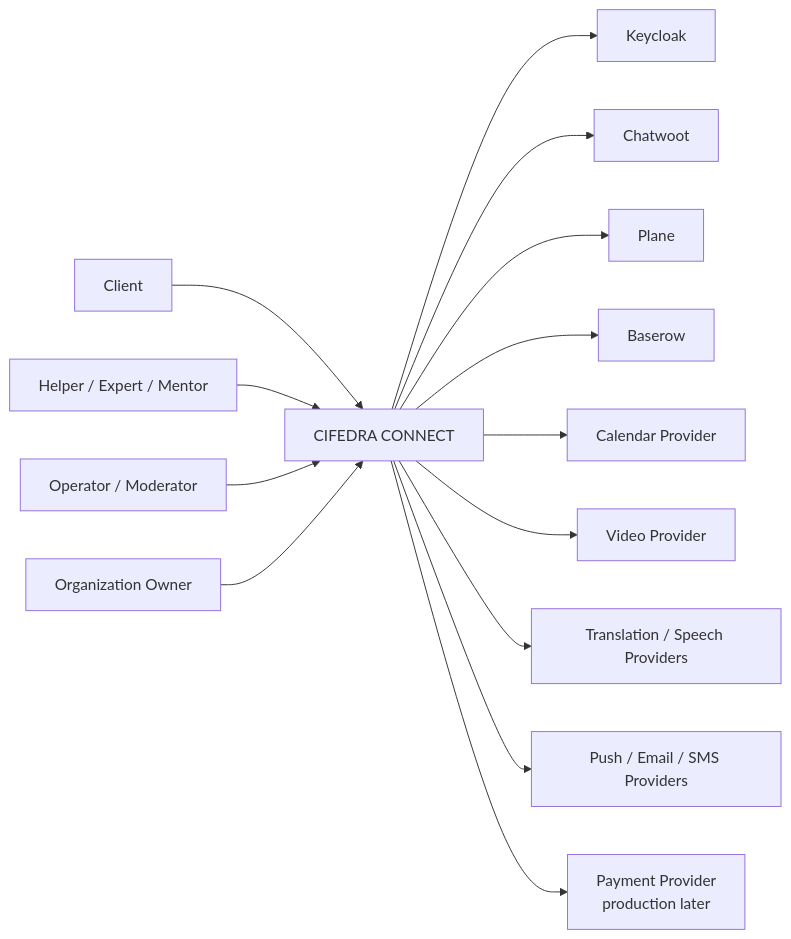
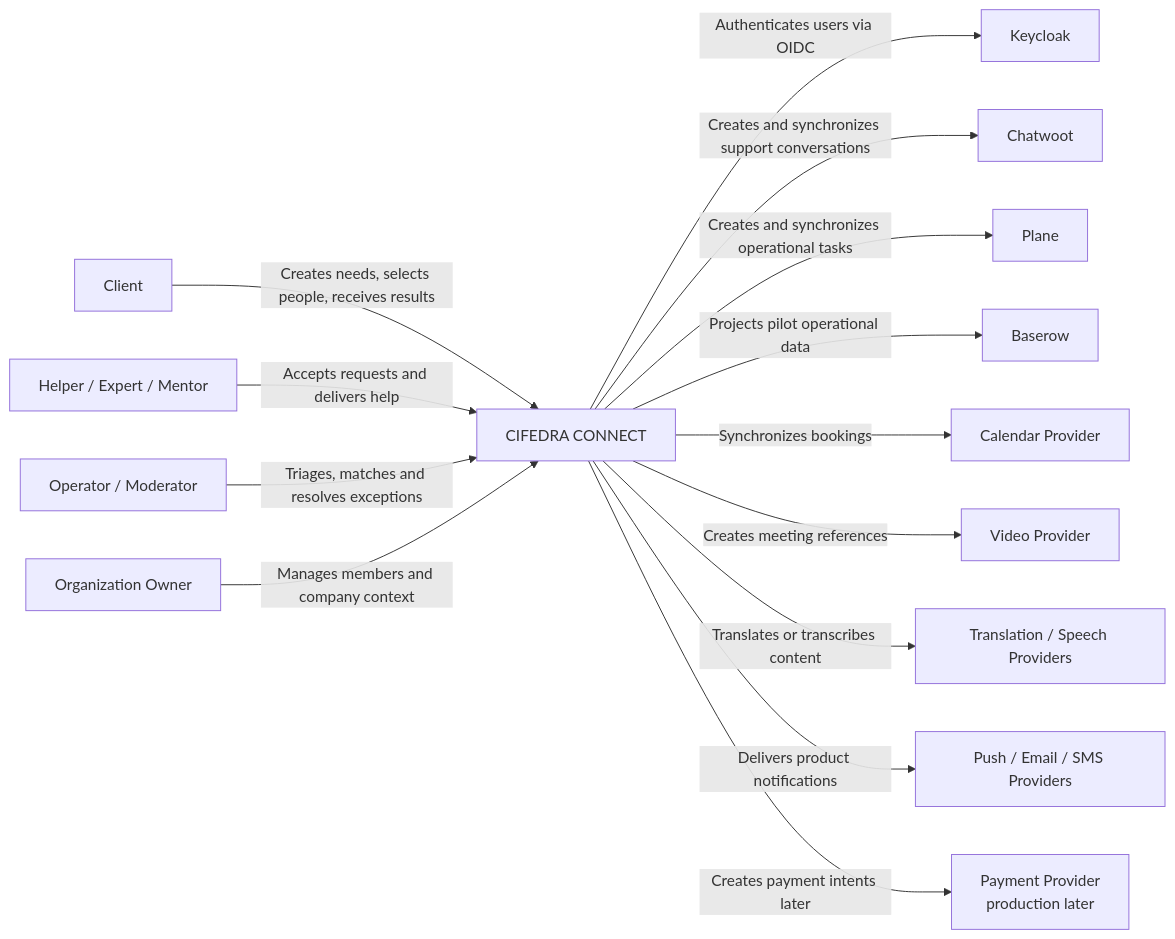
The first of 10 diagrams in knowledge/system/cifedra-hld.md (DIGITALATOM1/CIFEDRA), drawn with Mermaid before and after one commit. The commit also changed other lines of this file, not shown here.

Commit message:
Expand HLD with C4 architecture views

````diff
--- a/knowledge/system/cifedra-hld.md
+++ b/knowledge/system/cifedra-hld.md
@@ -85,34 +265,34 @@
 ```mermaid
 flowchart LR
   Client["Client"]
   Provider["Helper / Expert / Mentor"]
   Operator["Operator / Moderator"]
   Org["Organization Owner"]
 
   CIFEDRA["CIFEDRA CONNECT"]
 
   IdP["Keycloak"]
   Support["Chatwoot"]
   Tasks["Plane"]
   Backoffice["Baserow"]
   Calendar["Calendar Provider"]
   Video["Video Provider"]
   Language["Translation / Speech Providers"]
   Notify["Push / Email / SMS Providers"]
   Payment["Payment Provider<br/>production later"]
 
-  Client --> CIFEDRA
-  Provider --> CIFEDRA
-  Operator --> CIFEDRA
-  Org --> CIFEDRA
+  Client -->|"Creates needs, selects people, receives results"| CIFEDRA
+  Provider -->|"Accepts requests and delivers help"| CIFEDRA
+  Operator -->|"Triages, matches and resolves exceptions"| CIFEDRA
+  Org -->|"Manages members and company context"| CIFEDRA
 
-  CIFEDRA --> IdP
-  CIFEDRA --> Support
-  CIFEDRA --> Tasks
-  CIFEDRA --> Backoffice
-  CIFEDRA --> Calendar
-  CIFEDRA --> Video
-  CIFEDRA --> Language
-  CIFEDRA --> Notify
-  CIFEDRA --> Payment
+  CIFEDRA -->|"Authenticates users via OIDC"| IdP
+  CIFEDRA -->|"Creates and synchronizes support conversations"| Support
+  CIFEDRA -->|"Creates and synchronizes operational tasks"| Tasks
+  CIFEDRA -->|"Projects pilot operational data"| Backoffice
+  CIFEDRA -->|"Synchronizes bookings"| Calendar
+  CIFEDRA -->|"Creates meeting references"| Video
+  CIFEDRA -->|"Translates or transcribes content"| Language
+  CIFEDRA -->|"Delivers product notifications"| Notify
+  CIFEDRA -->|"Creates payment intents later"| Payment
 ```
````
